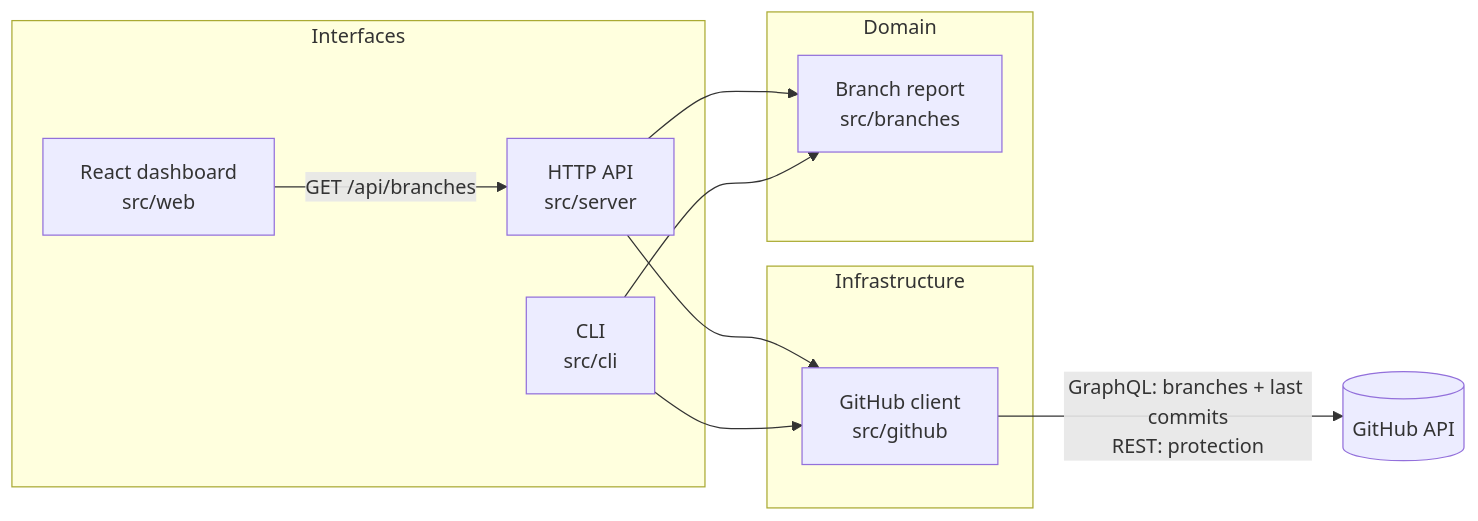
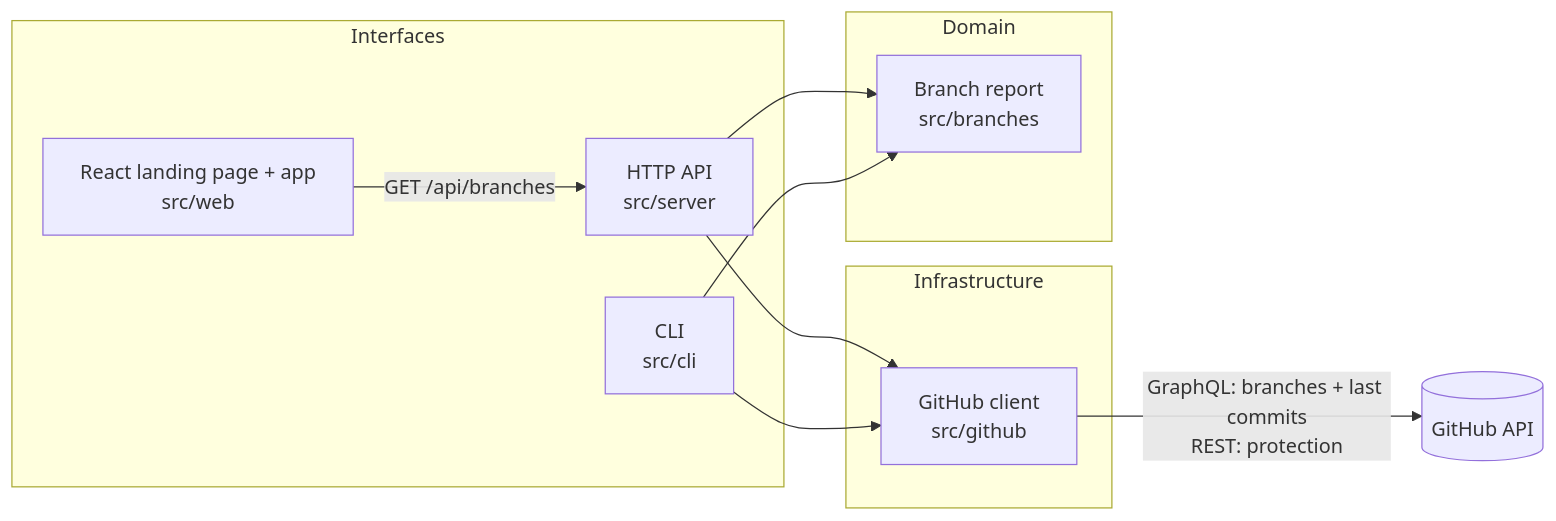
One commit to BrahimNJ/DevPulse changed the first of 2 diagrams in README.md. Above: the diagram before and after it, drawn with Mermaid. The commit also changed other lines of this file and 2 other files, not shown here.

First line of the commit message:
docs: lead the README with the landing page and list planned features

````diff
--- a/README.md
+++ b/README.md
@@ -61,20 +77,20 @@
 ```mermaid
 flowchart LR
     subgraph Interfaces
-        W[React dashboard<br/>src/web]
+        W[React landing page + app<br/>src/web]
         S[HTTP API<br/>src/server]
         C[CLI<br/>src/cli]
     end
     subgraph Infrastructure
         G[GitHub client<br/>src/github]
     end
     subgraph Domain
         B[Branch report<br/>src/branches]
     end
     W -->|GET /api/branches| S
     S --> G
     C --> G
     S --> B
     C --> B
     G -->|GraphQL: branches + last commits<br/>REST: protection| GH[(GitHub API)]
 ```
````
